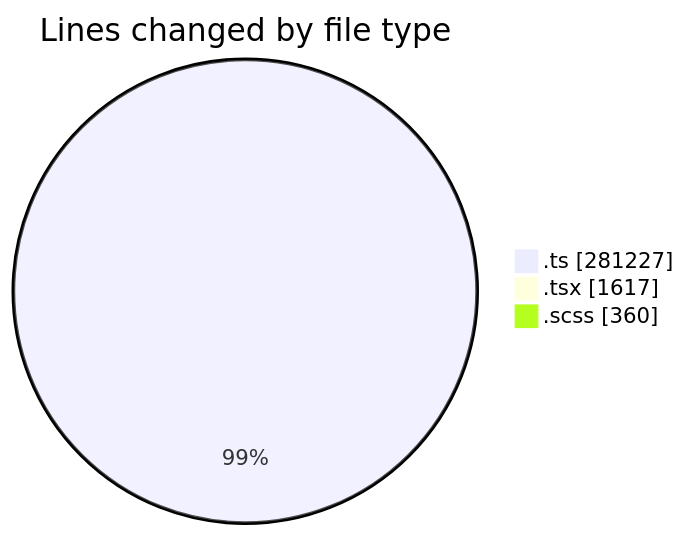
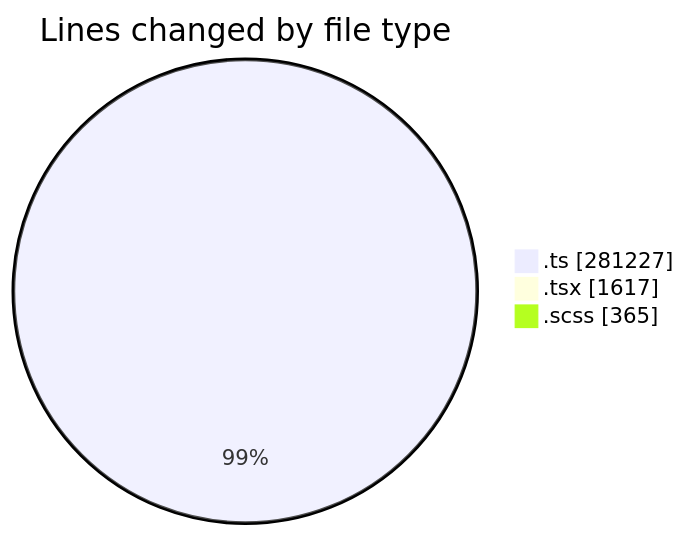
Before and after one commit to momahboobian/code-tracking: the first of 2 diagrams in 2025-08-22/cda/README.md, drawn with Mermaid. The commit also changed other lines of this file and 1 other file, not shown here.

````diff
--- a/2025-08-22/cda/README.md
+++ b/2025-08-22/cda/README.md
@@ -40,7 +40,7 @@
 ```mermaid
 pie showData
 title Lines changed by file type
 ".ts" : 281227
 ".tsx" : 1617
-".scss" : 360
+".scss" : 365
 ```
````
